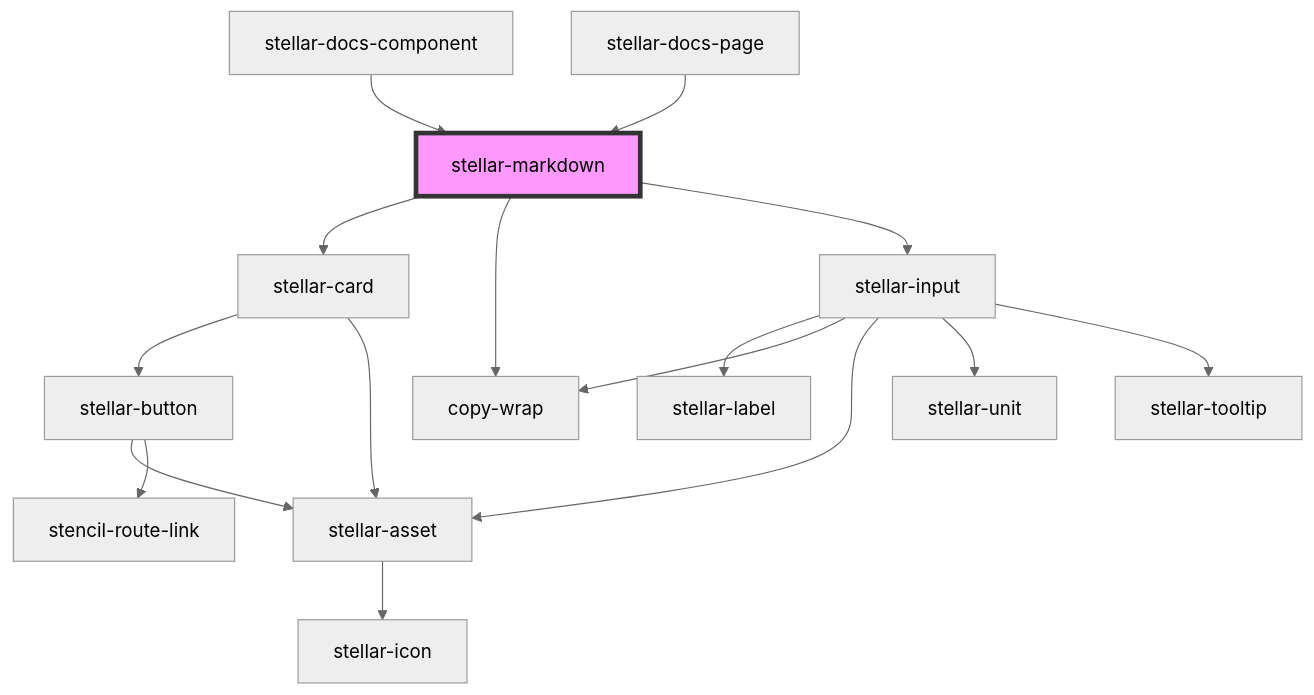
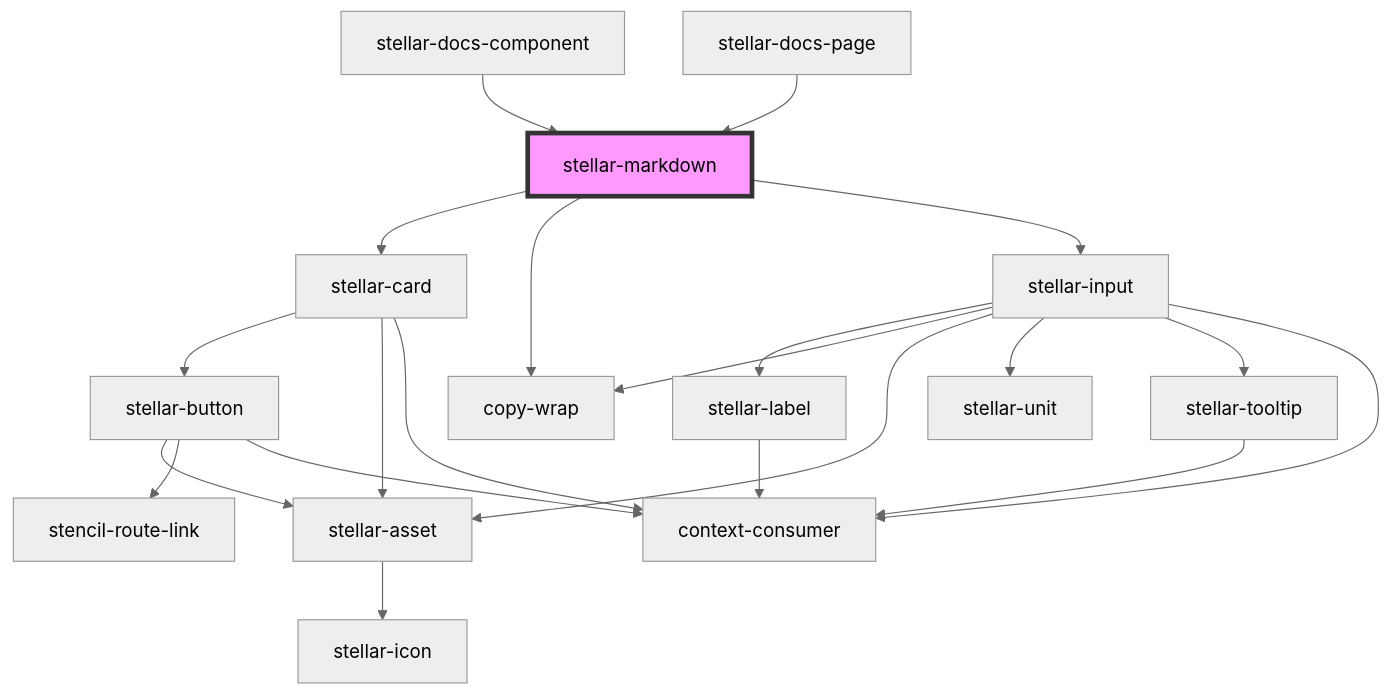
The diagram in src/components/helpers/markdown/readme.md (splitinfinities/Stellar), drawn with Mermaid (neutral theme) before and after one commit. The commit also changed 44 other files, not shown here.

````diff
--- a/src/components/helpers/markdown/readme.md
+++ b/src/components/helpers/markdown/readme.md
@@ -53,19 +53,24 @@
 ```mermaid
 graph TD;
   stellar-markdown --> stellar-card
   stellar-markdown --> copy-wrap
   stellar-markdown --> stellar-input
   stellar-card --> stellar-button
   stellar-card --> stellar-asset
+  stellar-card --> context-consumer
   stellar-button --> stellar-asset
   stellar-button --> stencil-route-link
+  stellar-button --> context-consumer
   stellar-asset --> stellar-icon
   stellar-input --> stellar-label
   stellar-input --> copy-wrap
   stellar-input --> stellar-asset
   stellar-input --> stellar-unit
   stellar-input --> stellar-tooltip
+  stellar-input --> context-consumer
+  stellar-label --> context-consumer
+  stellar-tooltip --> context-consumer
   stellar-docs-component --> stellar-markdown
   stellar-docs-page --> stellar-markdown
   style stellar-markdown fill:#f9f,stroke:#333,stroke-width:4px
 ```
````
